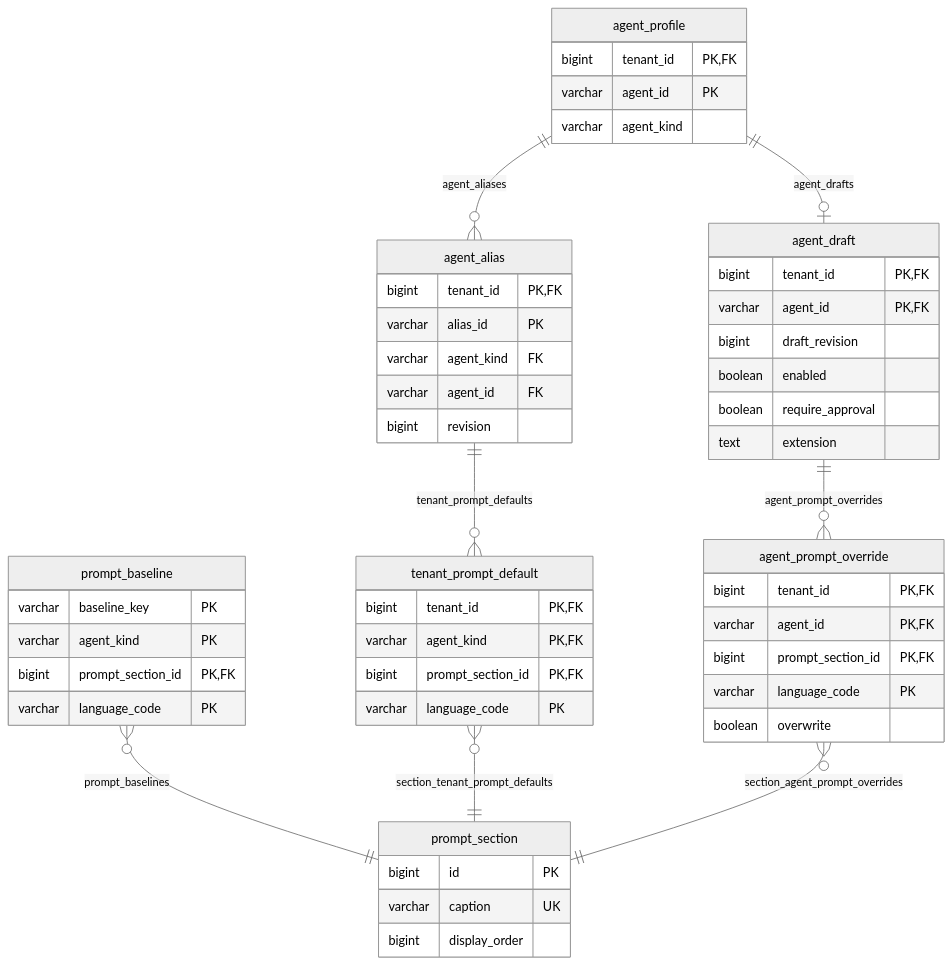
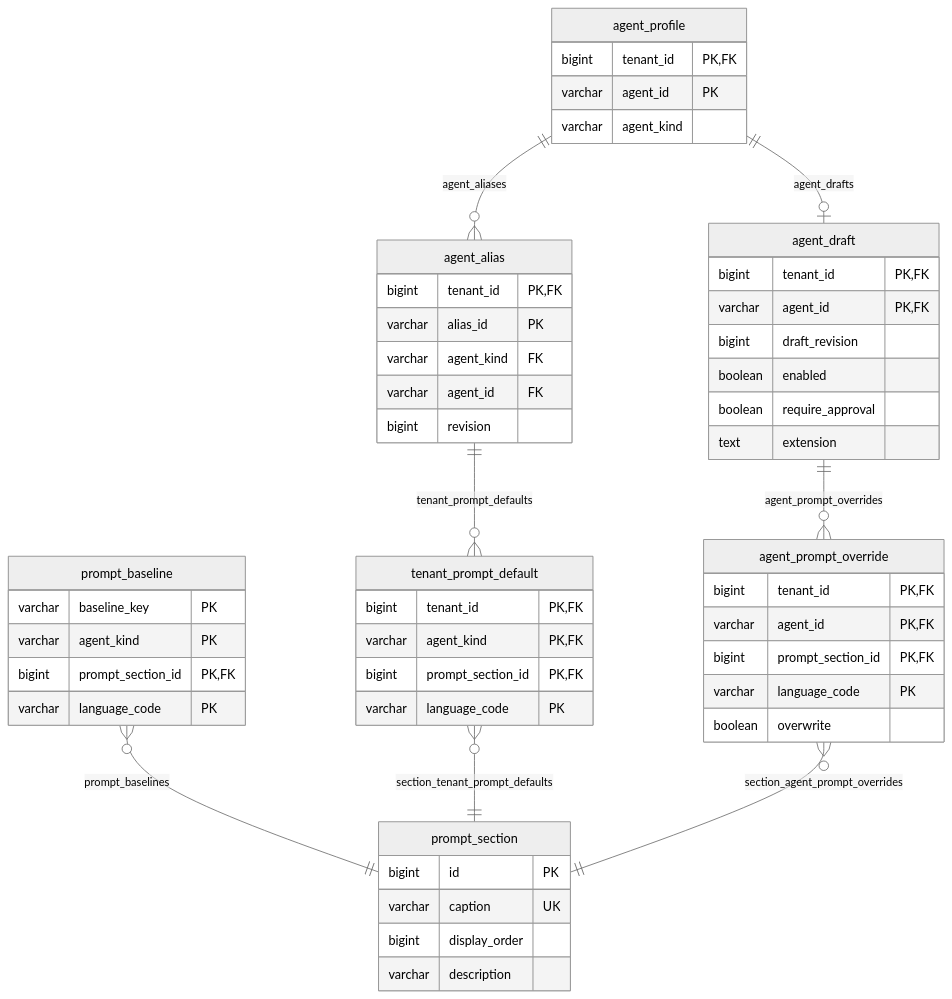
Before and after one commit to nauticana/scout: the third of 6 diagrams in DATABASE.md, drawn with Mermaid (neutral theme). The commit also changed other lines of this file and 14 other files, not shown here.

````diff
--- a/DATABASE.md
+++ b/DATABASE.md
@@ -236,55 +236,56 @@
 ```mermaid
 erDiagram
     agent_profile ||--o| agent_draft : agent_drafts
     agent_profile ||--o{ agent_alias : agent_aliases
     agent_draft ||--o{ agent_prompt_override : agent_prompt_overrides
     agent_alias ||--o{ tenant_prompt_default : tenant_prompt_defaults
     prompt_baseline }o--|| prompt_section : prompt_baselines
     tenant_prompt_default }o--|| prompt_section : section_tenant_prompt_defaults
     agent_prompt_override }o--|| prompt_section : section_agent_prompt_overrides
 
     agent_profile {
         bigint tenant_id PK,FK
         varchar agent_id PK
         varchar agent_kind
     }
     agent_draft {
         bigint tenant_id PK,FK
         varchar agent_id PK,FK
         bigint draft_revision
         boolean enabled
         boolean require_approval
         text extension
     }
     agent_alias {
         bigint tenant_id PK,FK
         varchar alias_id PK
         varchar agent_kind FK
         varchar agent_id FK
         bigint revision
     }
     prompt_section {
         bigint id PK
         varchar caption UK
         bigint display_order
+        varchar description
     }
     prompt_baseline {
         varchar baseline_key PK
         varchar agent_kind PK
         bigint prompt_section_id PK,FK
         varchar language_code PK
     }
     tenant_prompt_default {
         bigint tenant_id PK,FK
         varchar agent_kind PK,FK
         bigint prompt_section_id PK,FK
         varchar language_code PK
     }
     agent_prompt_override {
         bigint tenant_id PK,FK
         varchar agent_id PK,FK
         bigint prompt_section_id PK,FK
         varchar language_code PK
         boolean overwrite
     }
 ```
````
